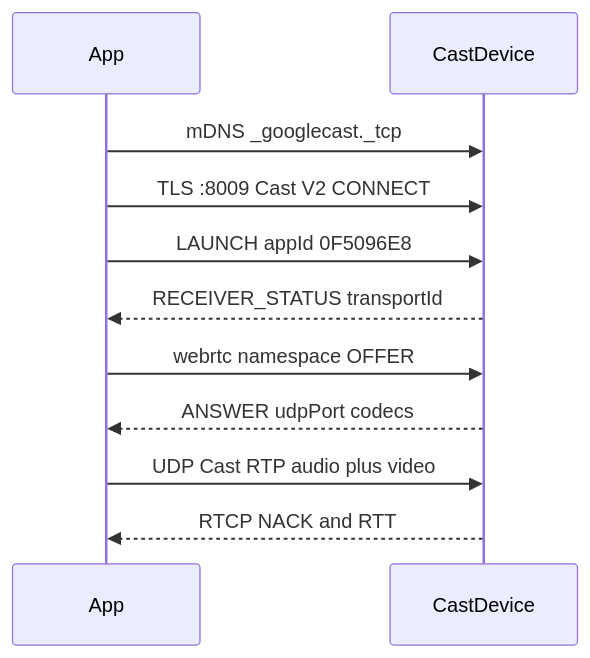
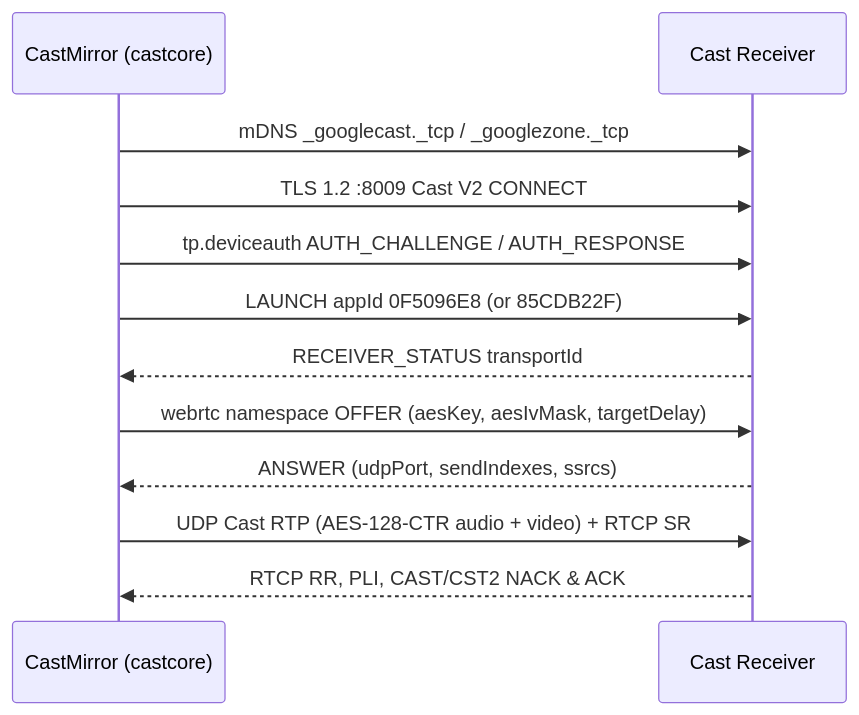
Before and after one commit to vindeckyy/CastMirror: the first of 2 diagrams in docs/ARCHITECTURE.md, drawn with Mermaid. The commit also changed other lines of this file and 16 other files, not shown here.

````diff
--- a/docs/ARCHITECTURE.md
+++ b/docs/ARCHITECTURE.md
@@ -60,13 +50,14 @@
 ```mermaid
 sequenceDiagram
-    participant App
-    participant CastDevice
-    App->>CastDevice: mDNS _googlecast._tcp
-    App->>CastDevice: TLS :8009 Cast V2 CONNECT
-    App->>CastDevice: LAUNCH appId 0F5096E8
+    participant App as CastMirror (castcore)
+    participant CastDevice as Cast Receiver
+    App->>CastDevice: mDNS _googlecast._tcp / _googlezone._tcp
+    App->>CastDevice: TLS 1.2 :8009 Cast V2 CONNECT
+    App->>CastDevice: tp.deviceauth AUTH_CHALLENGE / AUTH_RESPONSE
+    App->>CastDevice: LAUNCH appId 0F5096E8 (or 85CDB22F)
     CastDevice-->>App: RECEIVER_STATUS transportId
-    App->>CastDevice: webrtc namespace OFFER
-    CastDevice-->>App: ANSWER udpPort codecs
-    App->>CastDevice: UDP Cast RTP audio plus video
-    CastDevice-->>App: RTCP NACK and RTT
+    App->>CastDevice: webrtc namespace OFFER (aesKey, aesIvMask, targetDelay)
+    CastDevice-->>App: ANSWER (udpPort, sendIndexes, ssrcs)
+    App->>CastDevice: UDP Cast RTP (AES-128-CTR audio + video) + RTCP SR
+    CastDevice-->>App: RTCP RR, PLI, CAST/CST2 NACK & ACK
 ```
````
